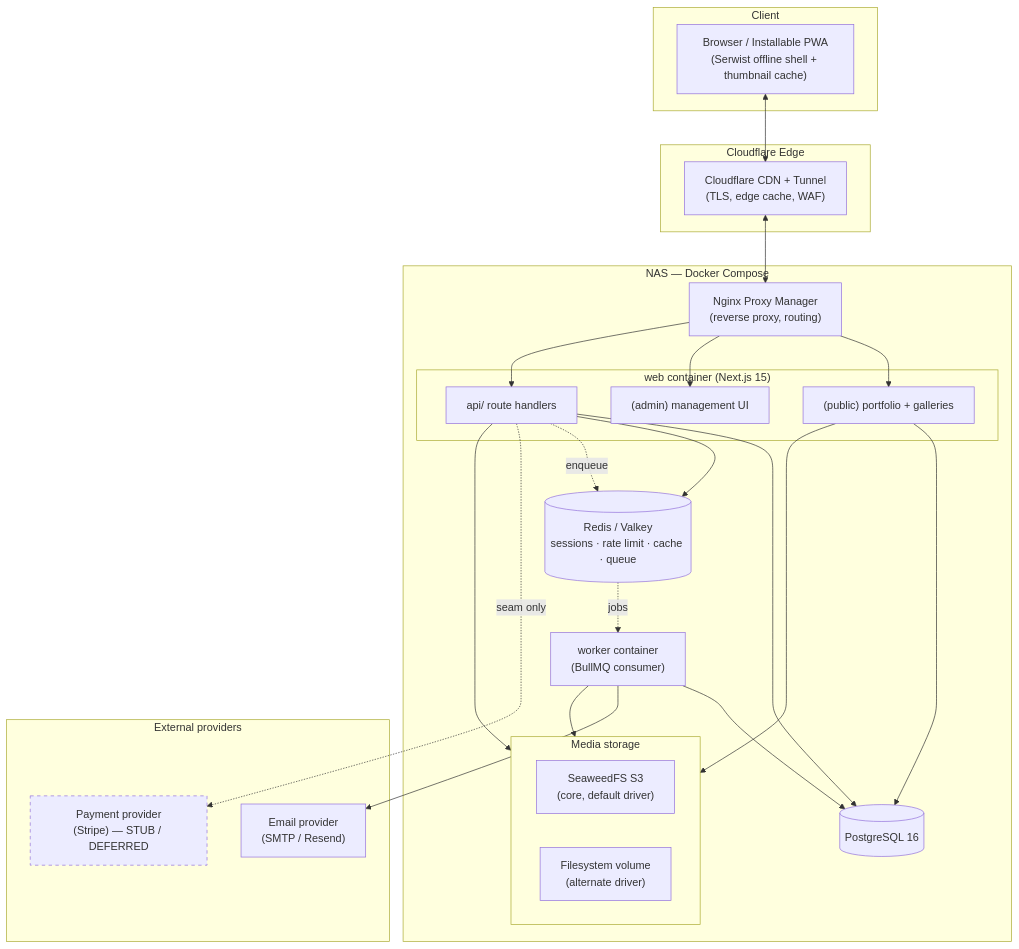
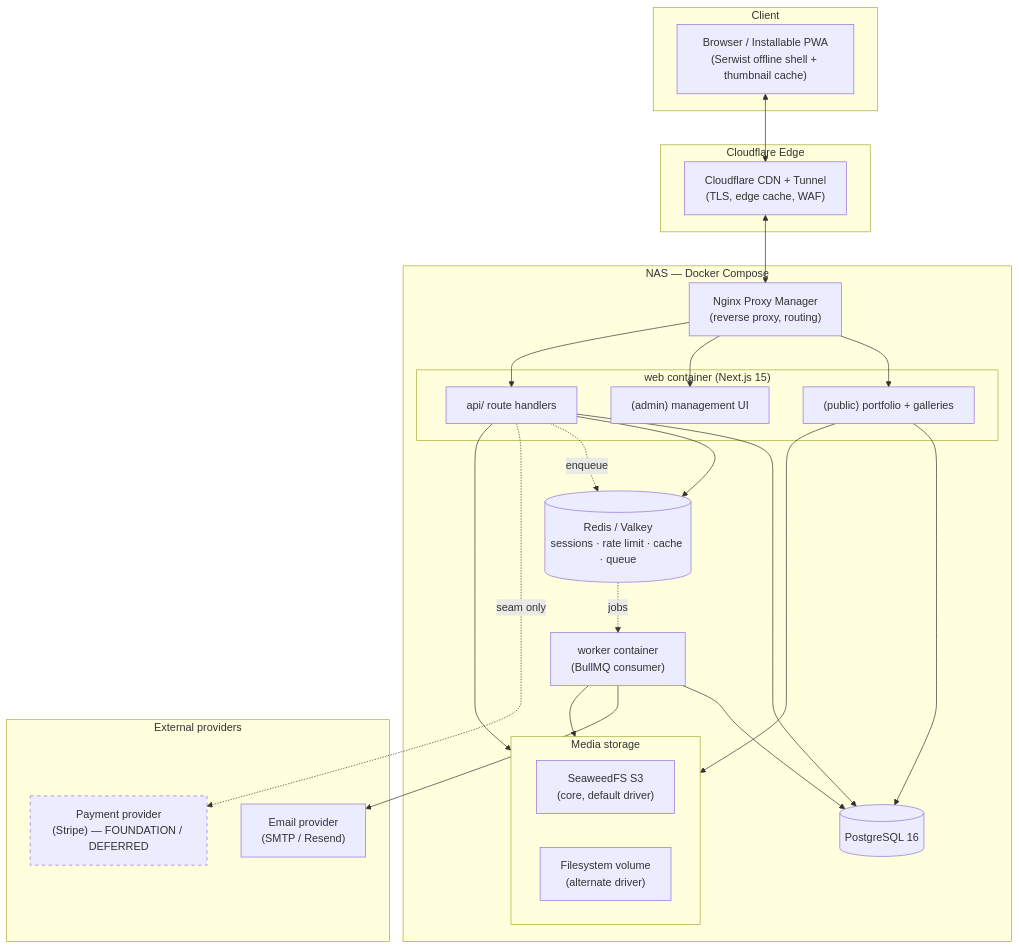
The first of 2 diagrams in docs/ARCHITECTURE.md (t0n003c/photography-platform), drawn with Mermaid before and after one commit. The commit also changed other lines of this file and 22 other files, not shown here.

Commit message:
Add payment provider foundation

````diff
--- a/docs/ARCHITECTURE.md
+++ b/docs/ARCHITECTURE.md
@@ -52,59 +52,59 @@
 ```mermaid
 flowchart TB
     subgraph client["Client"]
         B["Browser / Installable PWA<br/>(Serwist offline shell + thumbnail cache)"]
     end
 
     subgraph edge["Cloudflare Edge"]
         CF["Cloudflare CDN + Tunnel<br/>(TLS, edge cache, WAF)"]
     end
 
     subgraph nas["NAS — Docker Compose"]
         NPM["Nginx Proxy Manager<br/>(reverse proxy, routing)"]
 
         subgraph webproc["web container (Next.js 15)"]
             PUB["(public) portfolio + galleries"]
             ADM["(admin) management UI"]
             API["api/ route handlers"]
         end
 
         WK["worker container<br/>(BullMQ consumer)"]
 
         PG[("PostgreSQL 16")]
         RD[("Redis / Valkey<br/>sessions · rate limit · cache · queue")]
 
         subgraph store["Media storage"]
             MINIO["SeaweedFS S3<br/>(core, default driver)"]
             FS["Filesystem volume<br/>(alternate driver)"]
         end
     end
 
     subgraph external["External providers"]
         EMAIL["Email provider<br/>(SMTP / Resend)"]
-        PAY["Payment provider<br/>(Stripe) — STUB / DEFERRED"]
+        PAY["Payment provider<br/>(Stripe) — FOUNDATION / DEFERRED"]
     end
 
     B <--> CF
     CF <--> NPM
     NPM --> PUB
     NPM --> ADM
     NPM --> API
 
     API --> PG
     API --> RD
     API --> store
     API -. enqueue .-> RD
 
     RD -. jobs .-> WK
     WK --> PG
     WK --> store
     WK --> EMAIL
 
     API -. seam only .-> PAY
 
     PUB --> PG
     PUB --> store
 
     classDef stub stroke-dasharray: 5 5;
     class PAY stub;
 ```
````
